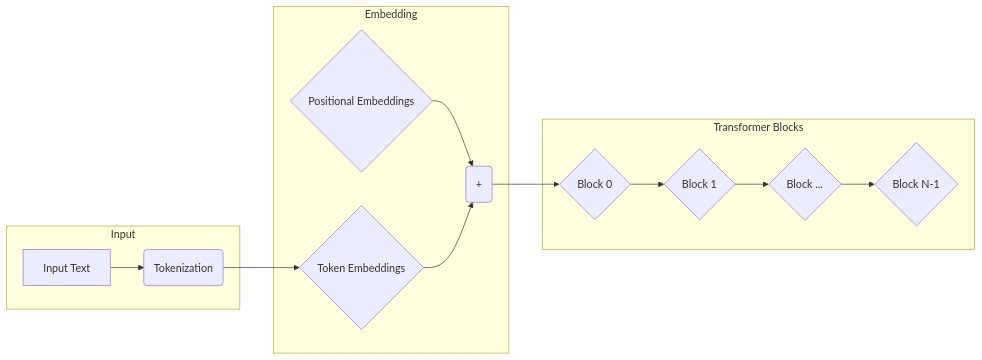
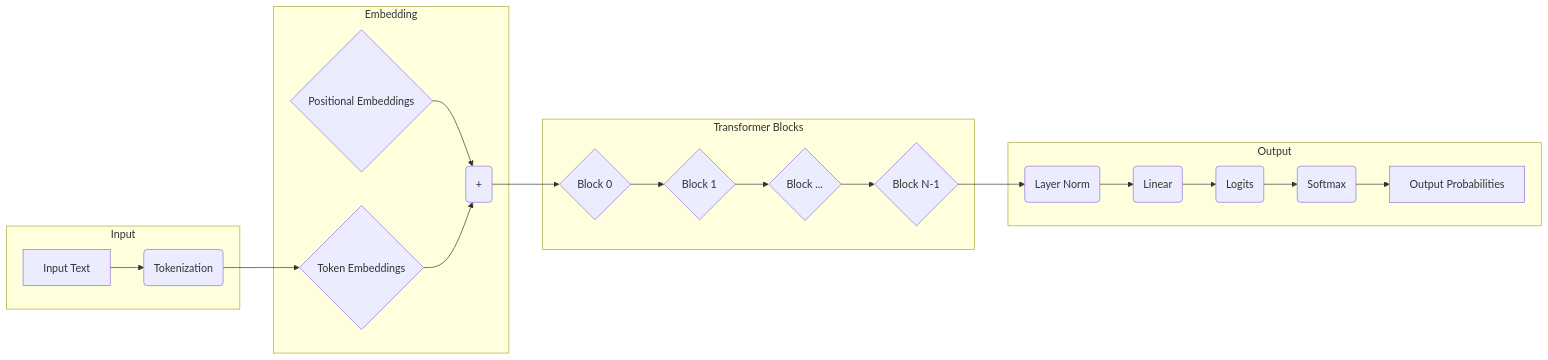
Before and after one commit to ainoya/understanding-gpt: the first of 3 diagrams in README.md, drawn with Mermaid.

Commit message:
add output block

````diff
--- a/README.md
+++ b/README.md
@@ -22,19 +22,27 @@
 ```mermaid
 graph LR
     subgraph Input
         A[Input Text] --> B(Tokenization)
     end
 
     subgraph Embedding
         B --> C{Token Embeddings}
         D{Positional Embeddings} --> E(+)
         C --> E
     end
 
     subgraph Transformer Blocks
         E --> F{Block 0}
         F --> G{Block 1}
         G --> H{Block ...}
         H --> I{Block N-1}
     end
+
+    subgraph Output
+        I --> T(Layer Norm)
+        T --> U(Linear)
+        U --> V(Logits)
+        V --> W(Softmax)
+        W --> X[Output Probabilities]
+    end
 ```
````
